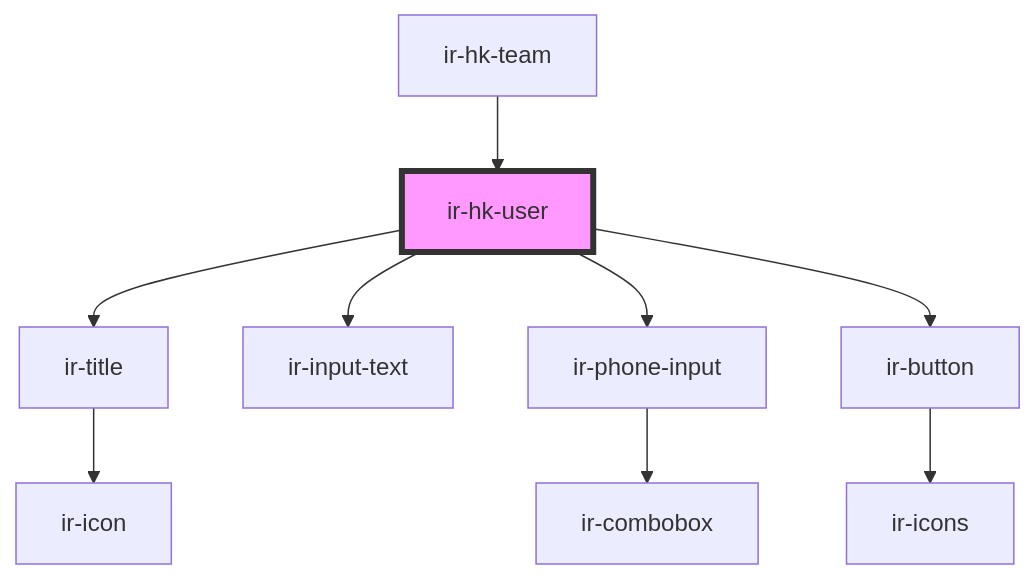
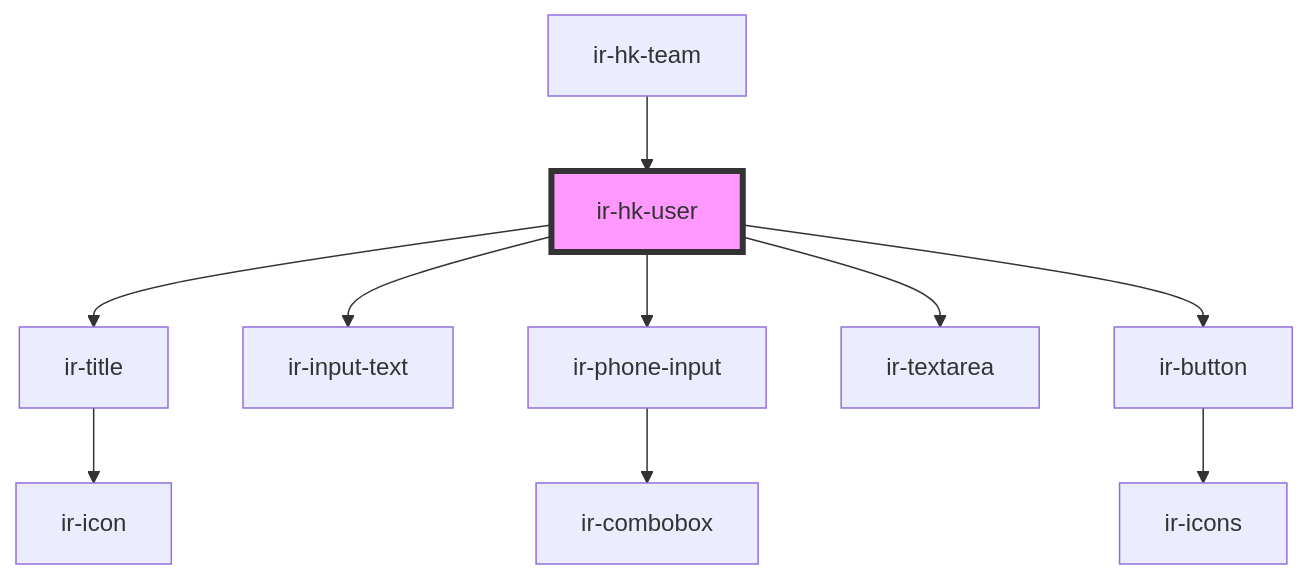
Before and after one commit to David1Chowaifaty/modified-ir-webcmp: the diagram in src/components/ir-housekeeping/ir-hk-user/readme.md, drawn with Mermaid. The commit also changed other lines of this file and 41 other files, not shown here.

````diff
--- a/src/components/ir-housekeeping/ir-hk-user/readme.md
+++ b/src/components/ir-housekeeping/ir-hk-user/readme.md
@@ -38,12 +39,13 @@
 ```mermaid
 graph TD;
   ir-hk-user --> ir-title
   ir-hk-user --> ir-input-text
   ir-hk-user --> ir-phone-input
+  ir-hk-user --> ir-textarea
   ir-hk-user --> ir-button
   ir-title --> ir-icon
   ir-phone-input --> ir-combobox
   ir-button --> ir-icons
   ir-hk-team --> ir-hk-user
   style ir-hk-user fill:#f9f,stroke:#333,stroke-width:4px
 ```
````
